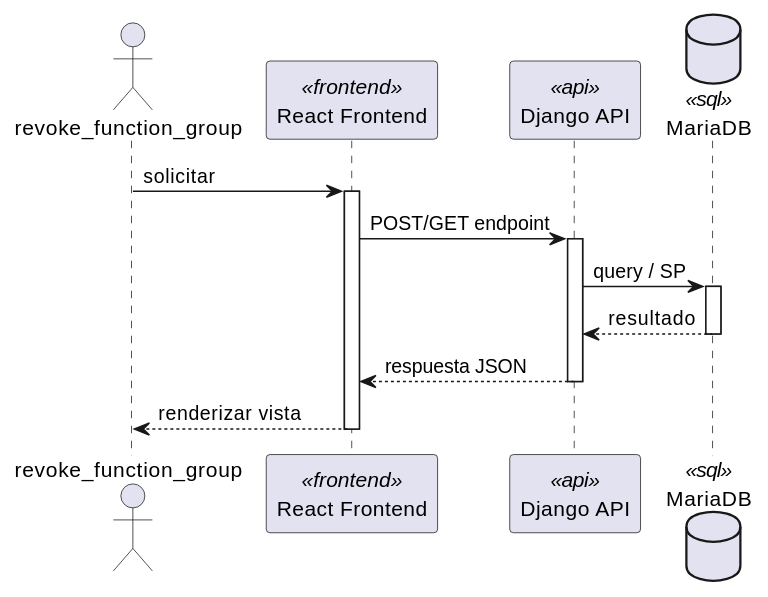
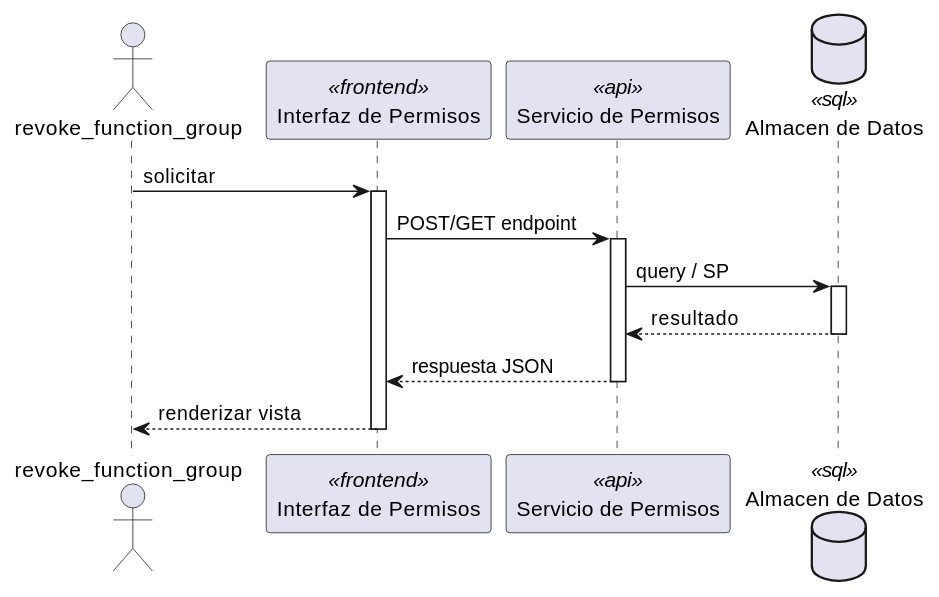
Before and after one commit to jcg-admin/IACT-docs: the first of 2 diagrams in source/arquitectura-tecnica/DesignView/perm-02.rst, drawn with PlantUML. The commit also changed other lines of this file and 243 other files, not shown here.

First line of the commit message:
Add missing diagrams and fix participant names across Kruchten views

```diff
--- a/source/arquitectura-tecnica/DesignView/perm-02.rst
+++ b/source/arquitectura-tecnica/DesignView/perm-02.rst
@@ -22,28 +22,28 @@
 .. uml::
  :caption: UC_PERM_02 — Design View (secuencia)
 
  @startuml
 
  actor "revoke_function_group" as revoke_function_group
- participant "React Frontend" as Frontend <<frontend>>
- participant "Django API" as APIServer <<api>>
- database "MariaDB" as BaseDatos <<sql>>
+ participant "Interfaz de Permisos" as Iface <<frontend>>
+ participant "Servicio de Permisos" as SvcNode <<api>>
+ database "Almacen de Datos" as Store <<sql>>
 
- revoke_function_group -> Frontend : solicitar
- activate Frontend
+ revoke_function_group -> Iface : solicitar
+ activate Iface
 
- Frontend -> APIServer : POST/GET endpoint
- activate APIServer
+ Iface -> SvcNode : POST/GET endpoint
+ activate SvcNode
 
- APIServer -> BaseDatos : query / SP
- activate BaseDatos
- BaseDatos --> APIServer : resultado
- deactivate BaseDatos
+ SvcNode -> Store : query / SP
+ activate Store
+ Store --> SvcNode : resultado
+ deactivate Store
 
- APIServer --> Frontend : respuesta JSON
- deactivate APIServer
+ SvcNode --> Iface : respuesta JSON
+ deactivate SvcNode
 
- Frontend --> revoke_function_group : renderizar vista
- deactivate Frontend
+ Iface --> revoke_function_group : renderizar vista
+ deactivate Iface
 
  @enduml
```
